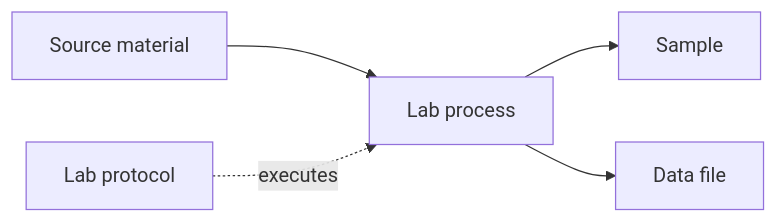
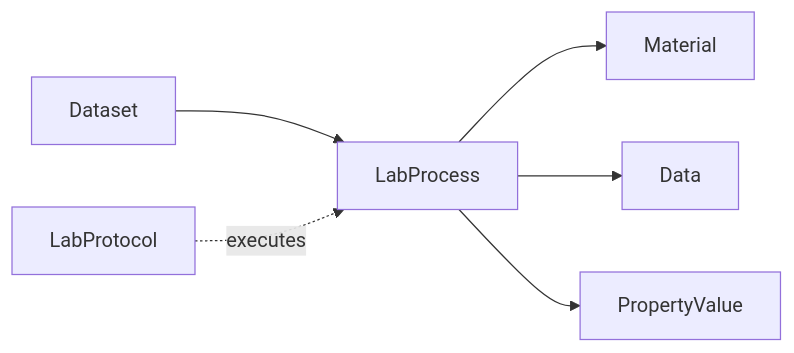
The diagram in docs/index.md (HLWeil/ProcessCore), drawn with Mermaid before and after one commit. The commit also changed other lines of this file and 81 other files, not shown here.

````diff
--- a/docs/index.md
+++ b/docs/index.md
@@ -20,7 +24,8 @@
 ```mermaid
 flowchart LR
-    source[Source material] --> process[Lab process]
-    process --> sample[Sample]
-    process --> data[Data file]
-    protocol[Lab protocol] -. executes .-> process
+    dataset[Dataset] --> process[LabProcess]
+    process --> material[Material]
+    process --> data[Data]
+    protocol[LabProtocol] -. executes .-> process
+    process --> value[PropertyValue]
 ```
````
